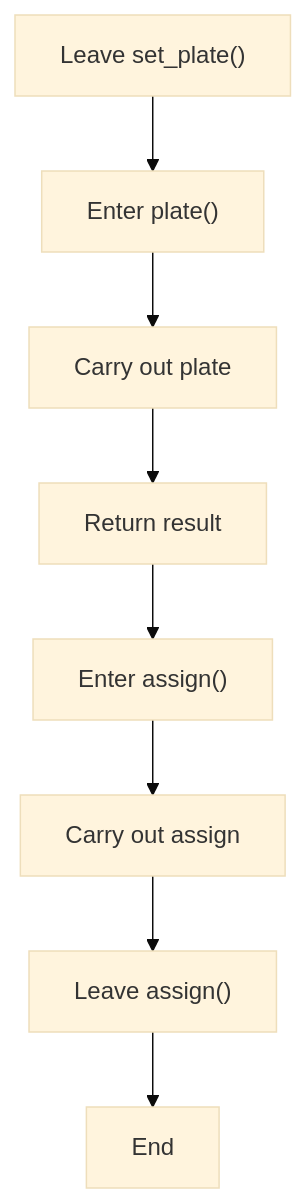
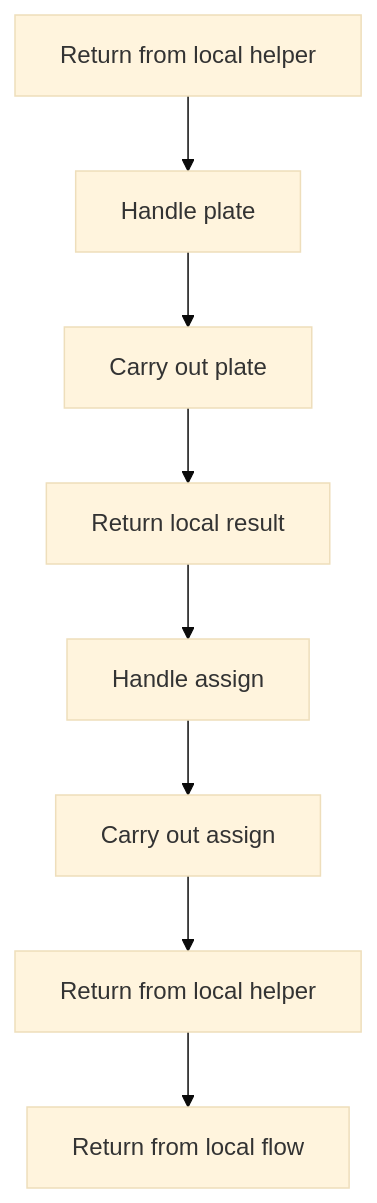
One commit to JohnAndrewBalbarosa/NeoTerritory changed the second of 7 diagrams in docs/Codebase/LegacyPatternTransformSamples/legacy_pattern_domain_models_sample.cpp.md. Above: the diagram before and after it, drawn with Mermaid (base theme). The commit also changed other lines of this file and 925 other files, not shown here.

````diff
--- a/docs/Codebase/LegacyPatternTransformSamples/legacy_pattern_domain_models_sample.cpp.md
+++ b/docs/Codebase/LegacyPatternTransformSamples/legacy_pattern_domain_models_sample.cpp.md
@@ -49,18 +48,18 @@
 ```mermaid
 flowchart TD
-    N0["Leave set_plate()"]
-    N1["Enter plate()"]
+    N0["Return from local helper"]
+    N1["Handle plate"]
     N2["Carry out plate"]
-    N3["Return result"]
-    N4["Enter assign()"]
+    N3["Return local result"]
+    N4["Handle assign"]
     N5["Carry out assign"]
-    N6["Leave assign()"]
-    N7["End"]
+    N6["Return from local helper"]
+    N7["Return from local flow"]
     N0 --> N1
     N1 --> N2
     N2 --> N3
     N3 --> N4
     N4 --> N5
     N5 --> N6
     N6 --> N7
 ```
````
